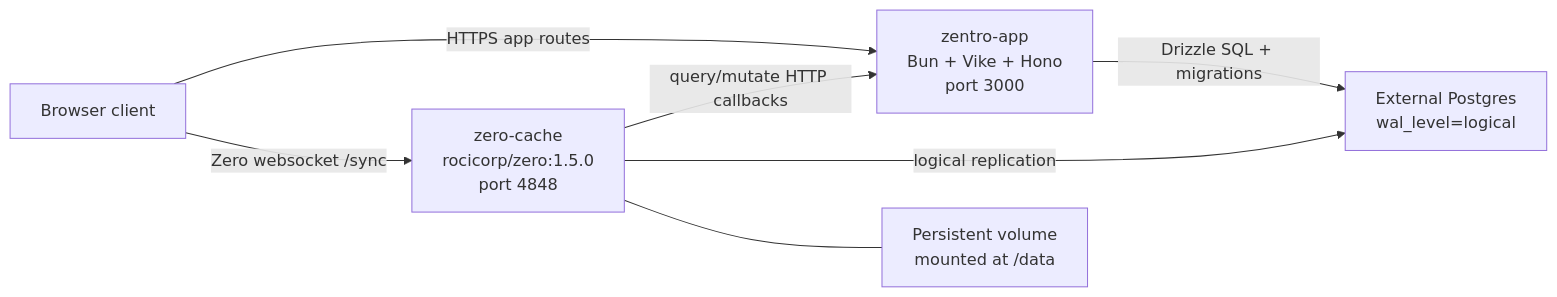
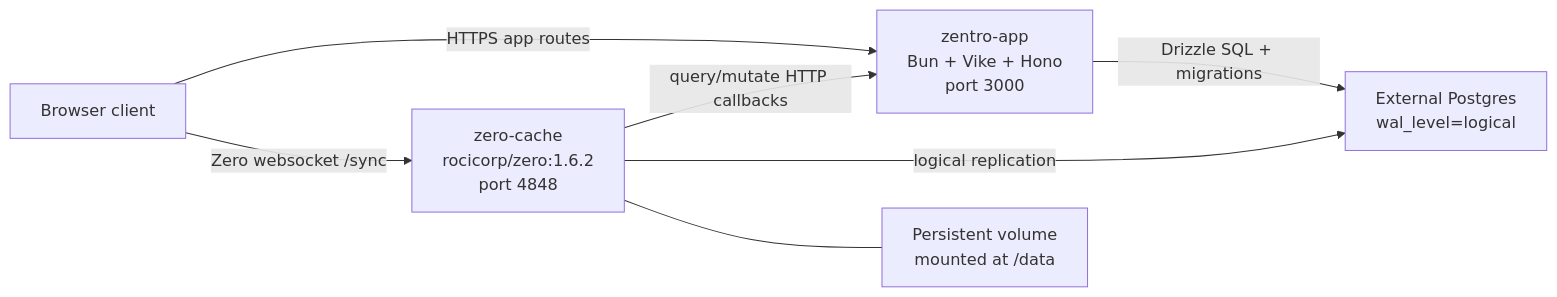
Before and after one commit to RelicWare-Co/zentro-v2: the diagram in docs/deployment/docker.md, drawn with Mermaid. The commit also changed other lines of this file and 1 other file, not shown here.

Commit message:
fix: align zero-cache image version

````diff
--- a/docs/deployment/docker.md
+++ b/docs/deployment/docker.md
@@ -9,9 +9,9 @@
 ```mermaid
 flowchart LR
   Browser["Browser client"] -->|"HTTPS app routes"| App["zentro-app\nBun + Vike + Hono\nport 3000"]
-  Browser -->|"Zero websocket /sync"| ZeroCache["zero-cache\nrocicorp/zero:1.5.0\nport 4848"]
+  Browser -->|"Zero websocket /sync"| ZeroCache["zero-cache\nrocicorp/zero:1.6.2\nport 4848"]
   ZeroCache -->|"query/mutate HTTP callbacks"| App
   ZeroCache -->|"logical replication"| Postgres["External Postgres\nwal_level=logical"]
   App -->|"Drizzle SQL + migrations"| Postgres
   ZeroCache --- Volume["Persistent volume\nmounted at /data"]
 ```
````
